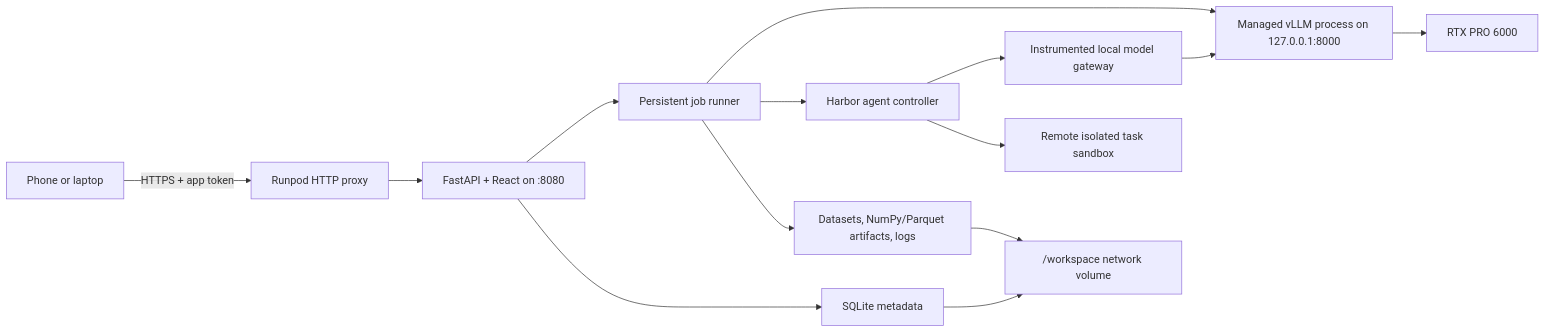
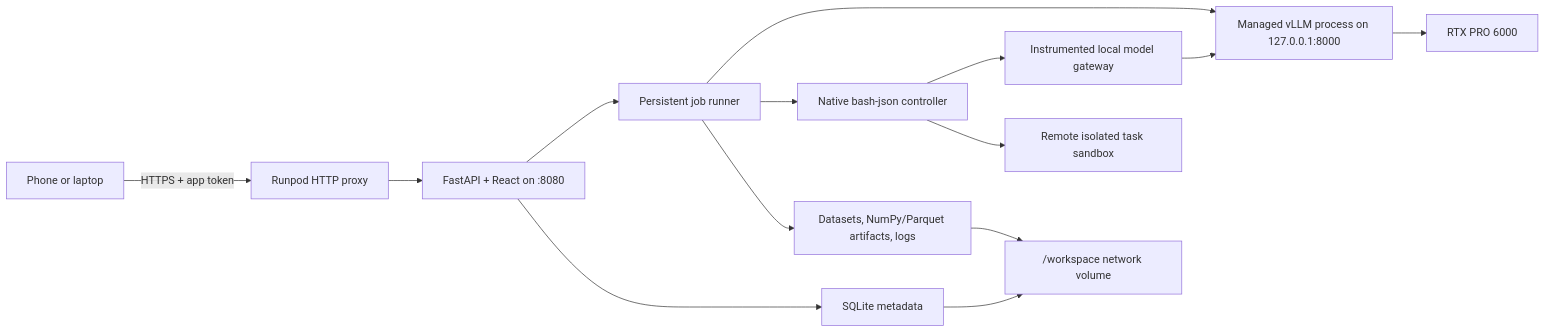
One commit to sampazdan/vllm-moe-tools-suite changed the diagram in ROADMAP.md. Above: the diagram before and after it, drawn with Mermaid. The commit also changed other lines of this file and 44 other files, not shown here.

````diff
--- a/ROADMAP.md
+++ b/ROADMAP.md
@@ -253,16 +271,16 @@
 ```mermaid
 flowchart LR
     Browser["Phone or laptop"] -->|"HTTPS + app token"| Proxy["Runpod HTTP proxy"]
     Proxy --> App["FastAPI + React on :8080"]
     App --> Jobs["Persistent job runner"]
     App --> DB["SQLite metadata"]
     Jobs --> VLLM["Managed vLLM process on 127.0.0.1:8000"]
-    Jobs --> Agent["Harbor agent controller"]
+    Jobs --> Agent["Native bash-json controller"]
     Agent --> Gateway["Instrumented local model gateway"]
     Gateway --> VLLM
     Agent --> Sandbox["Remote isolated task sandbox"]
     Jobs --> Files["Datasets, NumPy/Parquet artifacts, logs"]
     VLLM --> GPU["RTX PRO 6000"]
     DB --> Volume["/workspace network volume"]
     Files --> Volume
 ```
````
